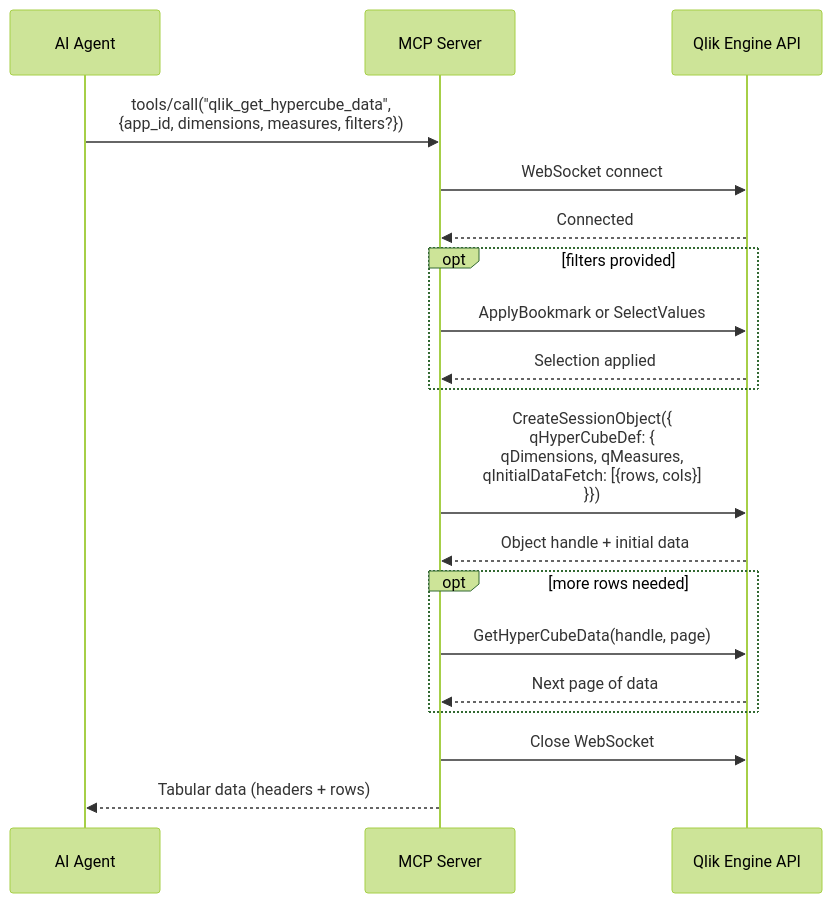
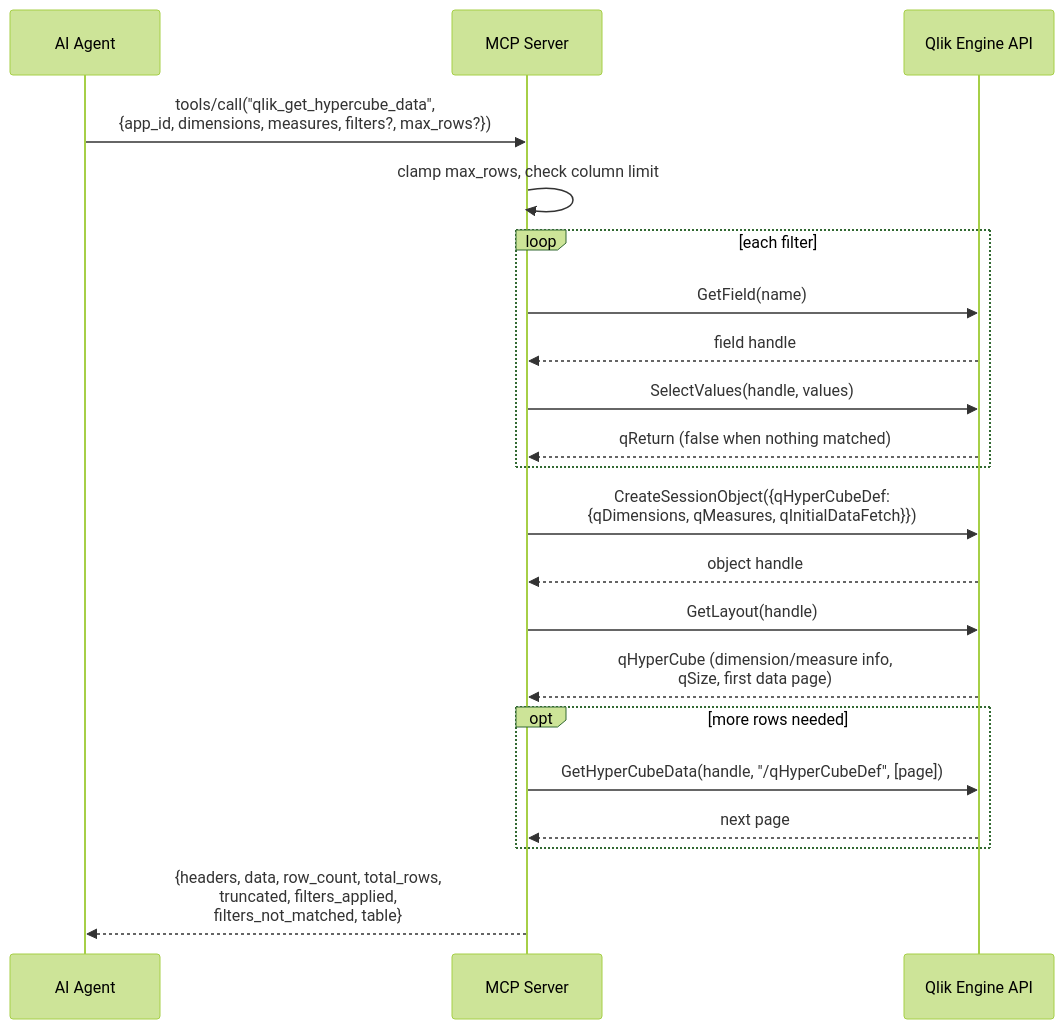
One commit to ssevera1/Qlik-Cloud-MCP-Server changed the sixth of 7 diagrams in design/c4-diagrams/c3-component.md. Above: the diagram before and after it, drawn with Mermaid (forest theme). The commit also changed other lines of this file and 36 other files, not shown here.

First line of the commit message:
Rebuild on MCP SDK v2 and fix Qlik Engine API usage

````diff
--- a/design/c4-diagrams/c3-component.md
+++ b/design/c4-diagrams/c3-component.md
@@ -79,26 +127,28 @@
 ```mermaid
 sequenceDiagram
     participant Agent as AI Agent
     participant MCP as MCP Server
     participant Engine as Qlik Engine API
 
-    Agent->>MCP: tools/call("qlik_get_hypercube_data",<br/>{app_id, dimensions, measures, filters?})
-    MCP->>Engine: WebSocket connect
-    Engine-->>MCP: Connected
+    Agent->>MCP: tools/call("qlik_get_hypercube_data",<br/>{app_id, dimensions, measures, filters?, max_rows?})
+    MCP->>MCP: clamp max_rows, check column limit
 
-    opt filters provided
-        MCP->>Engine: ApplyBookmark or SelectValues
-        Engine-->>MCP: Selection applied
+    loop each filter
+        MCP->>Engine: GetField(name)
+        Engine-->>MCP: field handle
+        MCP->>Engine: SelectValues(handle, values)
+        Engine-->>MCP: qReturn (false when nothing matched)
     end
 
-    MCP->>Engine: CreateSessionObject({<br/>  qHyperCubeDef: {<br/>    qDimensions, qMeasures,<br/>    qInitialDataFetch: [{rows, cols}]<br/>  }})
-    Engine-->>MCP: Object handle + initial data
+    MCP->>Engine: CreateSessionObject({qHyperCubeDef:<br/>{qDimensions, qMeasures, qInitialDataFetch}})
+    Engine-->>MCP: object handle
+    MCP->>Engine: GetLayout(handle)
+    Engine-->>MCP: qHyperCube (dimension/measure info,<br/>qSize, first data page)
 
     opt more rows needed
-        MCP->>Engine: GetHyperCubeData(handle, page)
-        Engine-->>MCP: Next page of data
+        MCP->>Engine: GetHyperCubeData(handle, "/qHyperCubeDef", [page])
+        Engine-->>MCP: next page
     end
 
-    MCP->>Engine: Close WebSocket
-    MCP-->>Agent: Tabular data (headers + rows)
+    MCP-->>Agent: {headers, data, row_count, total_rows,<br/>truncated, filters_applied,<br/>filters_not_matched, table}
 ```
````
